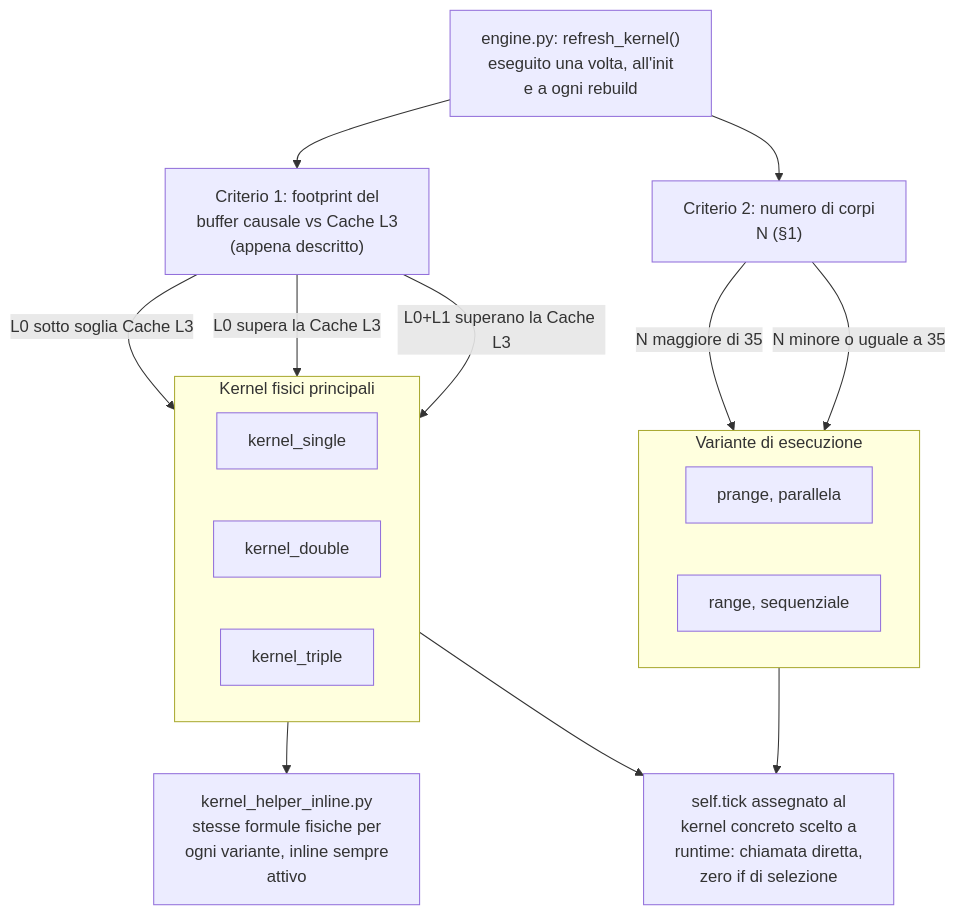
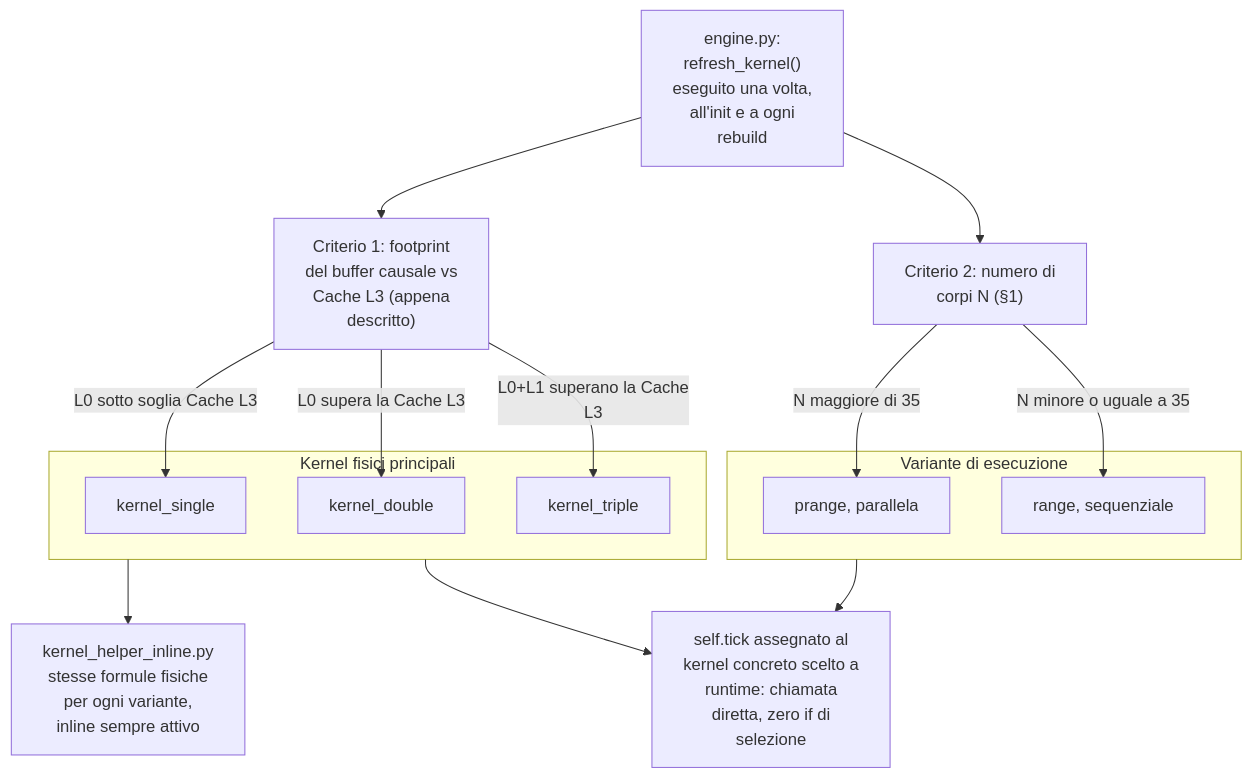
One commit to alessandro-pioli/AstroCausal_Engine changed the second of 11 diagrams in ARCHITECTURE_DEEP_DIVE.it.md. Above: the diagram before and after it, drawn with Mermaid. The commit also changed other lines of this file and 2 other files, not shown here.

````diff
--- a/ARCHITECTURE_DEEP_DIVE.it.md
+++ b/ARCHITECTURE_DEEP_DIVE.it.md
@@ -194,28 +194,26 @@
 ```mermaid
 flowchart TD
-    A["engine.py: refresh_kernel()<br/>eseguito una volta, all'init<br/>e a ogni rebuild"] --> B["Criterio 1: footprint del<br/>buffer causale vs Cache L3<br/>(appena descritto)"]
-    A --> C["Criterio 2: numero di corpi<br/>N (§1)"]
+    A["engine.py:<br/>refresh_kernel()<br/>eseguito una volta,<br/>all'init e a ogni<br/>rebuild"] --> B["Criterio 1: footprint<br/>del buffer causale vs<br/>Cache L3 (appena<br/>descritto)"]
+    A --> C["Criterio 2: numero di<br/>corpi N (§1)"]
 
     subgraph KERNEL["Kernel fisici principali"]
-        direction LR
         K1["kernel_single"]
         K2["kernel_double"]
         K3["kernel_triple"]
     end
 
     subgraph ESEC["Variante di esecuzione"]
-        direction LR
         P1["prange, parallela"]
         P2["range, sequenziale"]
     end
 
     B -->|"L0 sotto soglia Cache L3"| K1
     B -->|"L0 supera la Cache L3"| K2
-    B -->|"L0+L1 superano la Cache L3"| K3
+    B -->|"L0+L1 superano la Cache<br/>L3"| K3
     C -->|"N maggiore di 35"| P1
     C -->|"N minore o uguale a 35"| P2
 
-    KERNEL --> H["kernel_helper_inline.py<br/>stesse formule fisiche per<br/>ogni variante, inline sempre<br/>attivo"]
-    KERNEL --> T["self.tick assegnato al<br/>kernel concreto scelto a<br/>runtime: chiamata diretta,<br/>zero if di selezione"]
+    KERNEL --> H["kernel_helper_inline.py<br/>stesse formule fisiche<br/>per ogni variante,<br/>inline sempre attivo"]
+    KERNEL --> T["self.tick assegnato al<br/>kernel concreto scelto a<br/>runtime: chiamata<br/>diretta, zero if di<br/>selezione"]
     ESEC --> T
 ```
````
